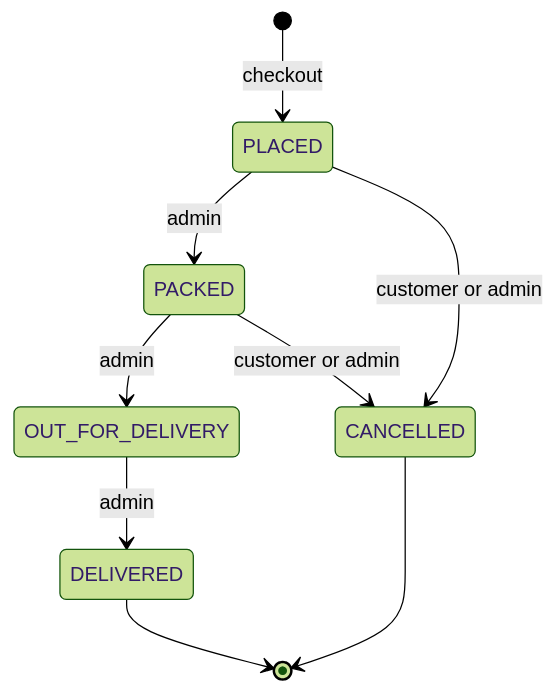
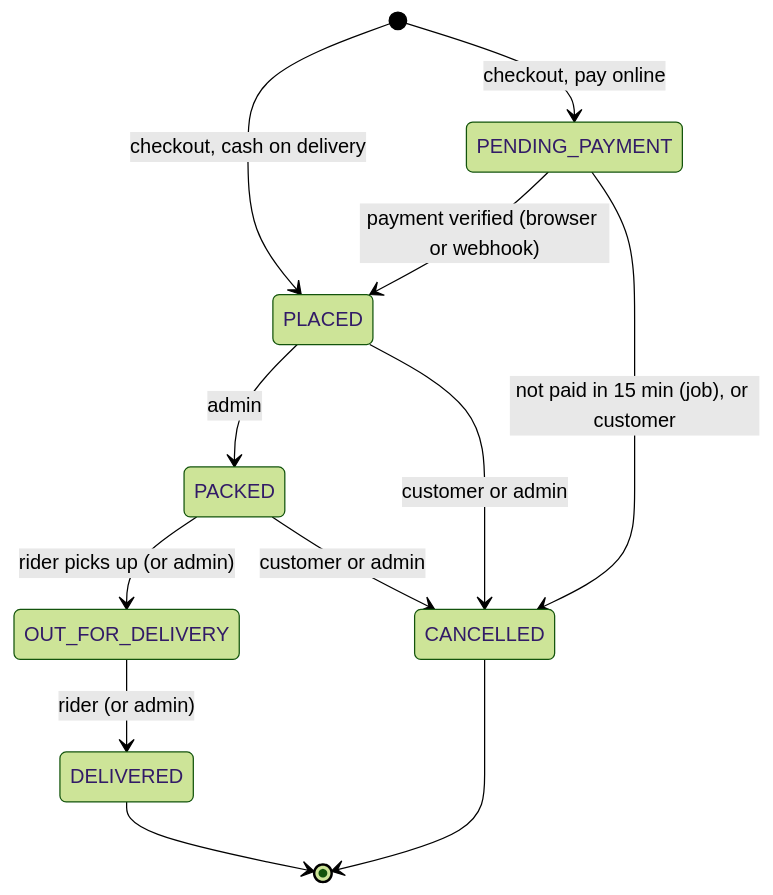
The fifth of 6 diagrams in docs/architecture.md (revant123/quickkart), drawn with Mermaid (forest theme) before and after one commit. The commit also changed other lines of this file and 34 other files, not shown here.

First line of the commit message:
Batch B web + docs: location picker, addresses, checkout payments, account pages, rider page, ADRs 0008-0010

````diff
--- a/docs/architecture.md
+++ b/docs/architecture.md
@@ -140,11 +145,14 @@
 ```mermaid
 stateDiagram-v2
-  [*] --> PLACED: checkout
+  [*] --> PLACED: checkout, cash on delivery
+  [*] --> PENDING_PAYMENT: checkout, pay online
+  PENDING_PAYMENT --> PLACED: payment verified (browser or webhook)
+  PENDING_PAYMENT --> CANCELLED: not paid in 15 min (job), or customer
   PLACED --> PACKED: admin
-  PACKED --> OUT_FOR_DELIVERY: admin
-  OUT_FOR_DELIVERY --> DELIVERED: admin
+  PACKED --> OUT_FOR_DELIVERY: rider picks up (or admin)
+  OUT_FOR_DELIVERY --> DELIVERED: rider (or admin)
   PLACED --> CANCELLED: customer or admin
   PACKED --> CANCELLED: customer or admin
   DELIVERED --> [*]
   CANCELLED --> [*]
 ```
````
